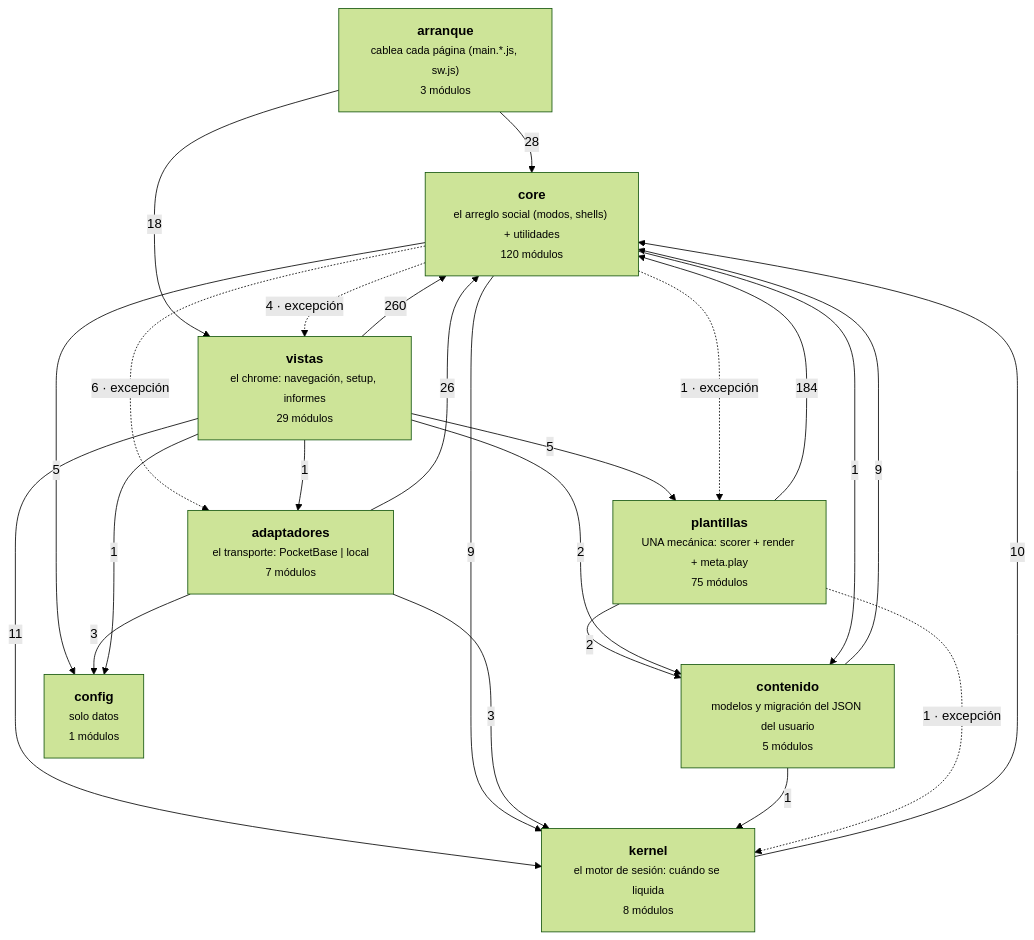
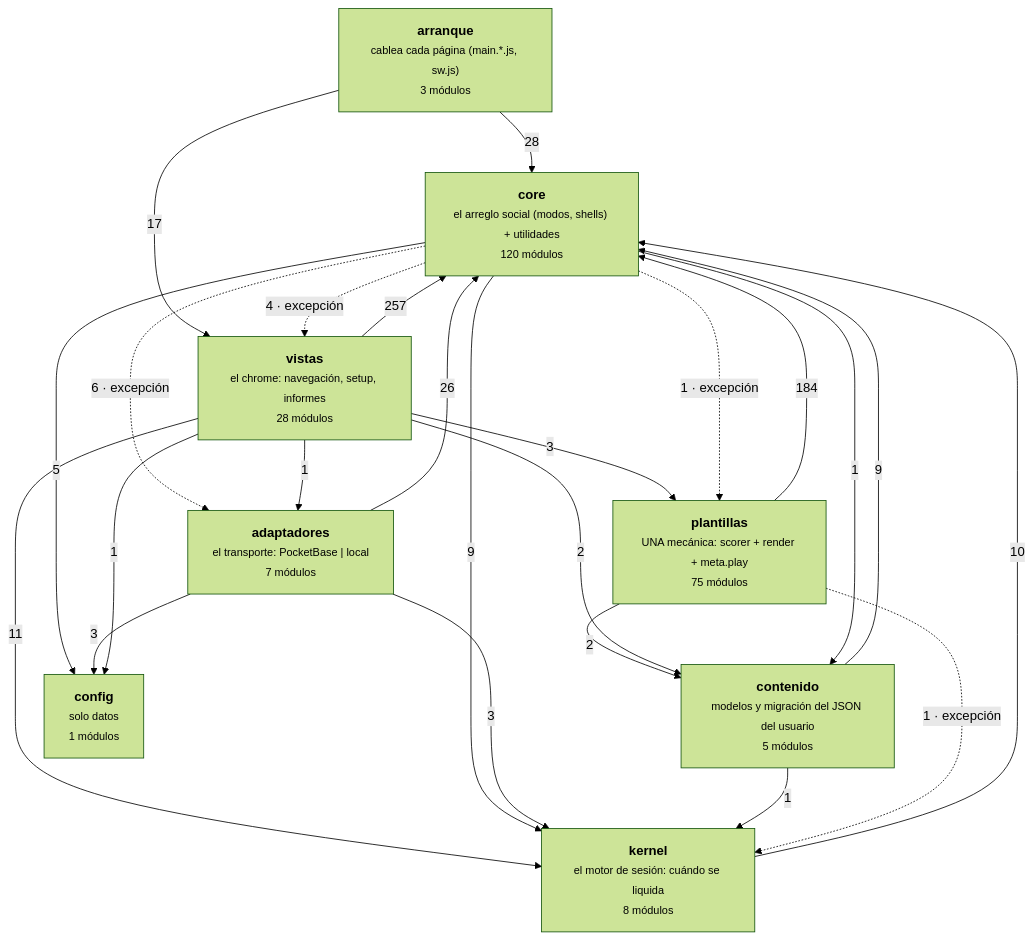
Before and after one commit to duecaz/ac: the diagram in docs/arquitectura-modulos.md, drawn with Mermaid (forest theme). The commit also changed other lines of this file and 7 other files, not shown here.

````diff
--- a/docs/arquitectura-modulos.md
+++ b/docs/arquitectura-modulos.md
@@ -49,34 +49,34 @@
 ```mermaid
 graph TD
   A["<b>arranque</b><br/><small>cablea cada página (main.*.js, sw.js)</small><br/><small>3 módulos</small>"]
-  V["<b>vistas</b><br/><small>el chrome: navegación, setup, informes</small><br/><small>29 módulos</small>"]
+  V["<b>vistas</b><br/><small>el chrome: navegación, setup, informes</small><br/><small>28 módulos</small>"]
   AD["<b>adaptadores</b><br/><small>el transporte: PocketBase | local</small><br/><small>7 módulos</small>"]
   C["<b>core</b><br/><small>el arreglo social (modos, shells) + utilidades</small><br/><small>120 módulos</small>"]
   K["<b>kernel</b><br/><small>el motor de sesión: cuándo se liquida</small><br/><small>8 módulos</small>"]
   T["<b>plantillas</b><br/><small>UNA mecánica: scorer + render + meta.play</small><br/><small>75 módulos</small>"]
   CO["<b>contenido</b><br/><small>modelos y migración del JSON del usuario</small><br/><small>5 módulos</small>"]
   CF["<b>config</b><br/><small>solo datos</small><br/><small>1 módulos</small>"]
-  V -->|260| C
+  V -->|257| C
   T -->|184| C
   A -->|28| C
   AD -->|26| C
-  A -->|18| V
+  A -->|17| V
   V -->|11| K
   K -->|10| C
   C -->|9| K
   CO -->|9| C
   C -.->|6 · excepción| AD
   C -->|5| CF
-  V -->|5| T
   C -.->|4 · excepción| V
   AD -->|3| CF
   AD -->|3| K
+  V -->|3| T
   T -->|2| CO
   V -->|2| CO
   C -.->|1 · excepción| T
   C -->|1| CO
   CO -->|1| K
   T -.->|1 · excepción| K
   V -->|1| AD
   V -->|1| CF
 ```
````
